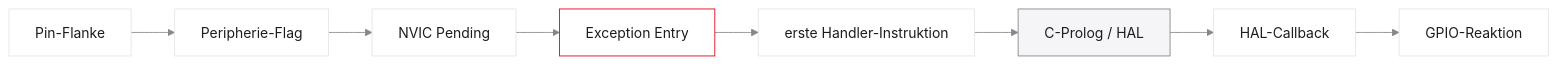
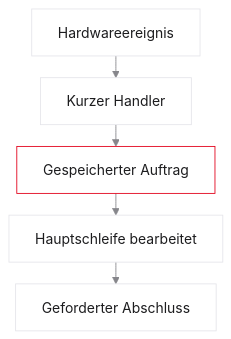
The fifth of 8 diagrams in vorlesungen/01_was-ist-echtzeit.qmd (dantschi/echtzeitsysteme), drawn with Mermaid before and after one commit. The commit also changed other lines of this file and 6 other files, not shown here.

````diff
--- a/vorlesungen/01_was-ist-echtzeit.qmd
+++ b/vorlesungen/01_was-ist-echtzeit.qmd
@@ -1060,14 +756,10 @@
 ```{mermaid}
 %%| fig-width: 5.2
-%%{init: {'theme': 'base', 'themeVariables': {'background': '#FFFFFF', 'primaryColor': '#FFFFFF', 'primaryBorderColor': '#E5E5EA', 'primaryTextColor': '#1D1D1F', 'lineColor': '#86868B', 'secondaryColor': '#F5F5F7', 'tertiaryColor': '#FFFFFF', 'mainBkg': '#FFFFFF', 'nodeBorder': '#E5E5EA', 'clusterBkg': '#F5F5F7', 'clusterBorder': '#E5E5EA', 'titleColor': '#1D1D1F', 'edgeLabelBackground': '#FFFFFF'}}}%%
-flowchart LR
-  A[Pin-Flanke] --> B[Peripherie-Flag]
-  B --> C[NVIC Pending]
-  C --> D[Exception Entry]
-  D --> E[erste Handler-Instruktion]
-  E --> F[C-Prolog / HAL]
-  F --> G[HAL-Callback]
-  G --> H[GPIO-Reaktion]
-  style D fill:#FFFFFF,stroke:#E2001A,stroke-width:2px !important
-  style F fill:#F5F5F7,stroke:#86868B,stroke-width:1px !important
+%%{init: {'theme': 'base', 'flowchart': {'nodeSpacing': 30, 'rankSpacing': 25}, 'themeVariables': {'background': '#FFFFFF', 'primaryColor': '#FFFFFF', 'primaryBorderColor': '#E5E5EA', 'primaryTextColor': '#1D1D1F', 'lineColor': '#86868B', 'secondaryColor': '#F5F5F7', 'tertiaryColor': '#FFFFFF', 'clusterBkg': '#F5F5F7', 'clusterBorder': '#E5E5EA', 'edgeLabelBackground': '#FFFFFF'}}}%%
+flowchart TD
+  E[Hardwareereignis] --> I[Kurzer Handler]
+  I --> P[Gespeicherter Auftrag]
+  P --> M[Hauptschleife bearbeitet]
+  M --> A[Geforderter Abschluss]
+  style P fill:#FFFFFF,stroke:#E2001A,stroke-width:2px !important
 ```
````
